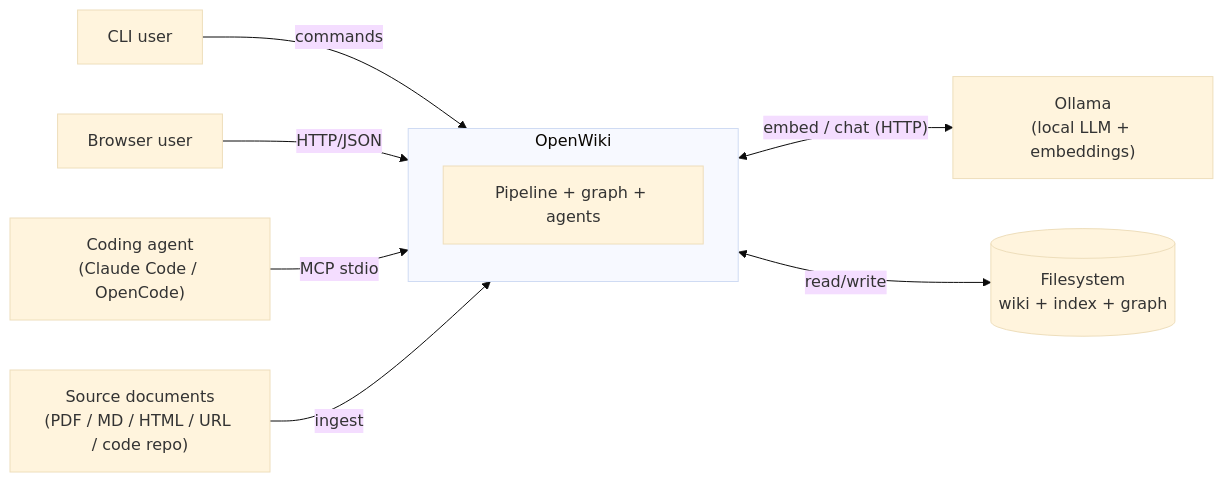
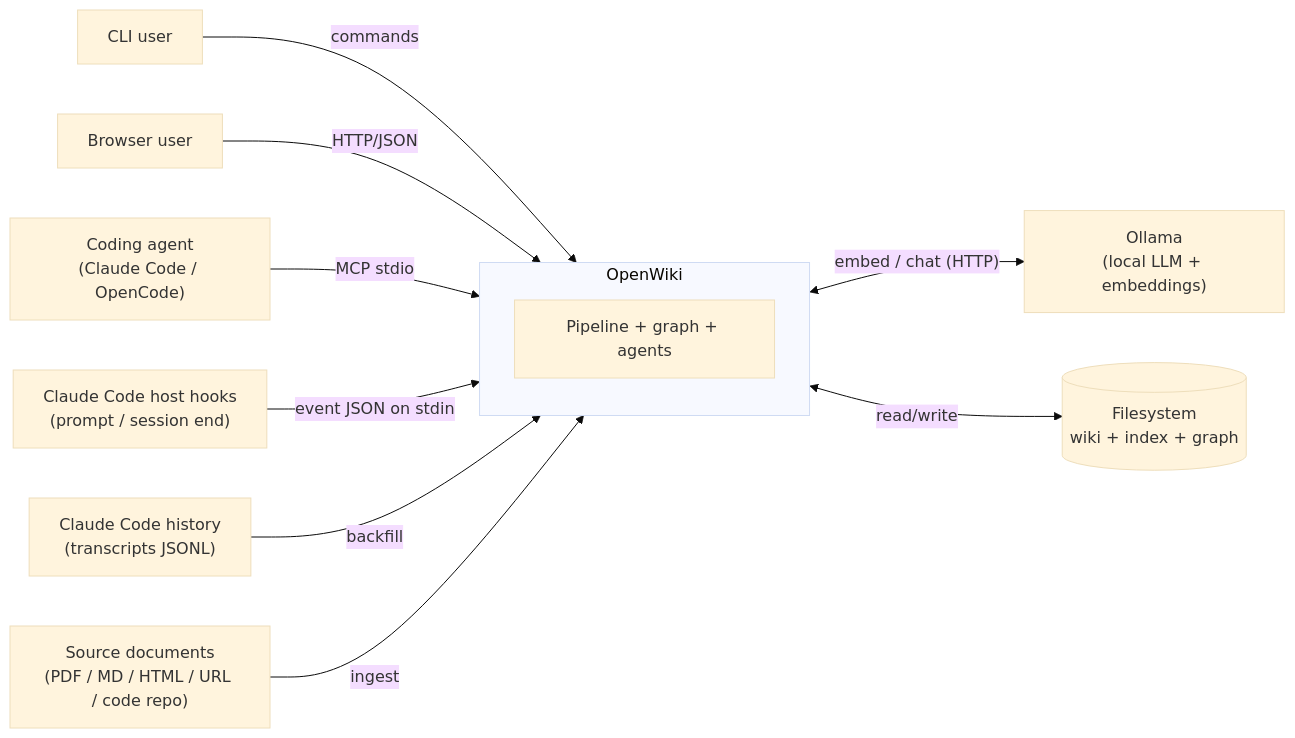
One commit to Neuroant/OpenWiki changed the diagram in docs/arc42/03-context-and-scope.md. Above: the diagram before and after it, drawn with Mermaid (base theme). The commit also changed other lines of this file and 11 other files, not shown here.

````diff
--- a/docs/arc42/03-context-and-scope.md
+++ b/docs/arc42/03-context-and-scope.md
@@ -12,15 +12,17 @@
 ```mermaid
 flowchart LR
   user["CLI user"] -->|commands| OW
   browser["Browser user"] -->|HTTP/JSON| OW
   agent["Coding agent<br>(Claude Code / OpenCode)"] -->|MCP stdio| OW
+  hooks["Claude Code host hooks<br>(prompt / session end)"] -->|"event JSON on stdin"| OW
+  history["Claude Code history<br>(transcripts JSONL)"] -->|backfill| OW
 
   subgraph OW["OpenWiki"]
     direction TB
     core["Pipeline + graph + agents"]
   end
 
   src["Source documents<br>(PDF / MD / HTML / URL / code repo)"] -->|ingest| OW
   OW <-->|"embed / chat (HTTP)"| ollama["Ollama<br>(local LLM + embeddings)"]
   OW <-->|read/write| fs[("Filesystem<br>wiki + index + graph")]
 ```
````
